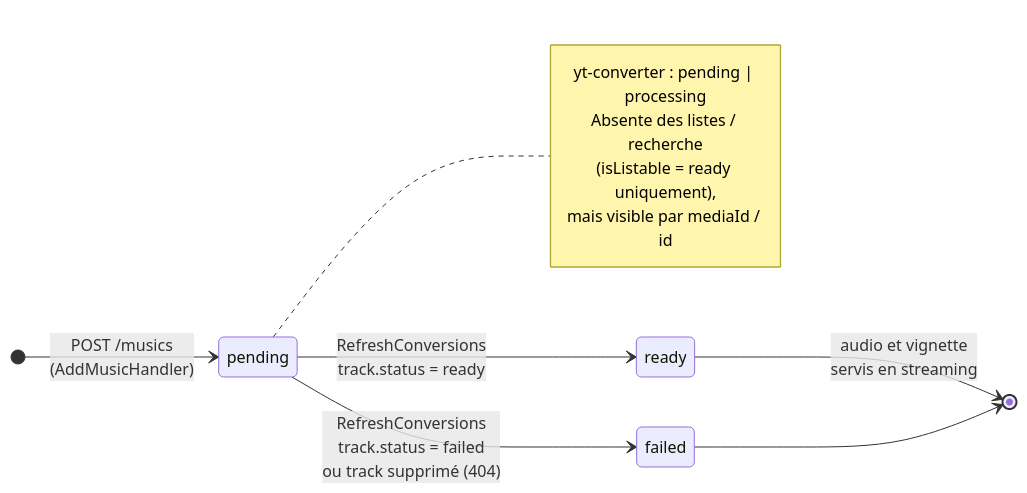
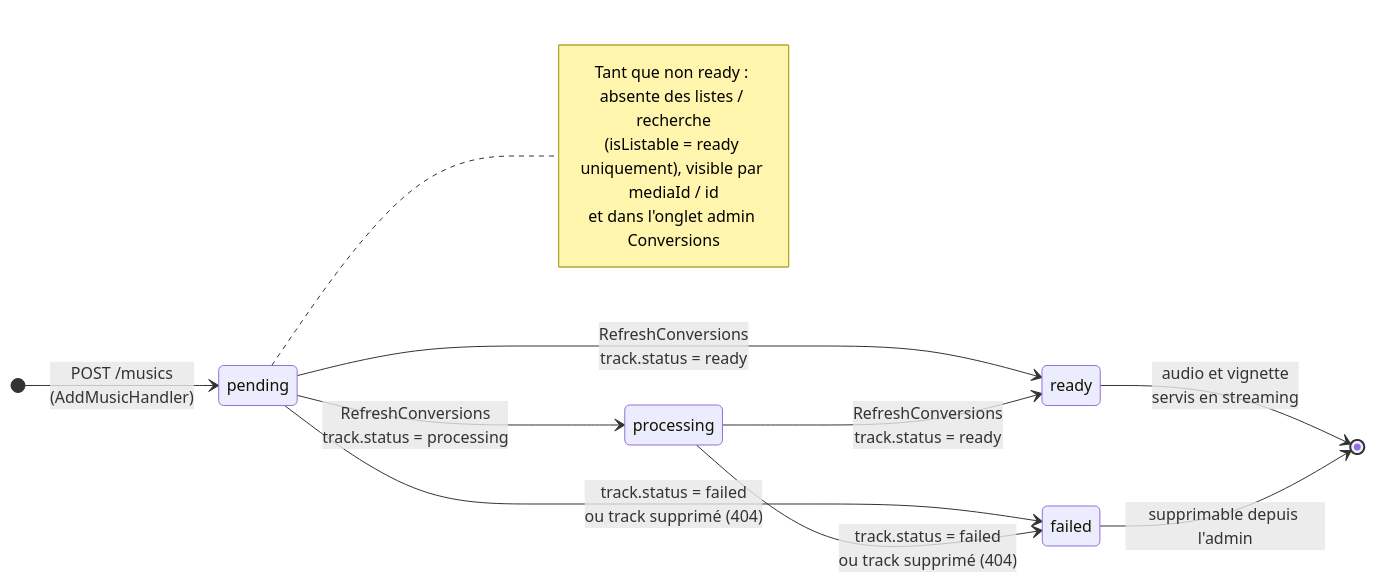
One commit to thomas-gleizes/Kmotion changed the third of 4 diagrams in docs/conversion-flow.md. Above: the diagram before and after it, drawn with Mermaid. The commit also changed other lines of this file and 21 other files, not shown here.

First line of the commit message:
feat(admin): track queued, running and failed conversions

````diff
--- a/docs/conversion-flow.md
+++ b/docs/conversion-flow.md
@@ -121,18 +122,19 @@
 ```mermaid
 stateDiagram-v2
     direction LR
     [*] --> pending: POST /musics<br/>(AddMusicHandler)
 
-    state "pending" as pending
     note right of pending
-        yt-converter : pending | processing
-        Absente des listes / recherche
-        (isListable = ready uniquement),
-        mais visible par mediaId / id
+        Tant que non ready : absente des listes / recherche
+        (isListable = ready uniquement), visible par mediaId / id
+        et dans l'onglet admin Conversions
     end note
 
+    pending --> processing: RefreshConversions<br/>track.status = processing
     pending --> ready: RefreshConversions<br/>track.status = ready
-    pending --> failed: RefreshConversions<br/>track.status = failed<br/>ou track supprimé (404)
+    processing --> ready: RefreshConversions<br/>track.status = ready
+    pending --> failed: track.status = failed<br/>ou track supprimé (404)
+    processing --> failed: track.status = failed<br/>ou track supprimé (404)
     ready --> [*]: audio et vignette<br/>servis en streaming
-    failed --> [*]
+    failed --> [*]: supprimable depuis l'admin
 ```
````
